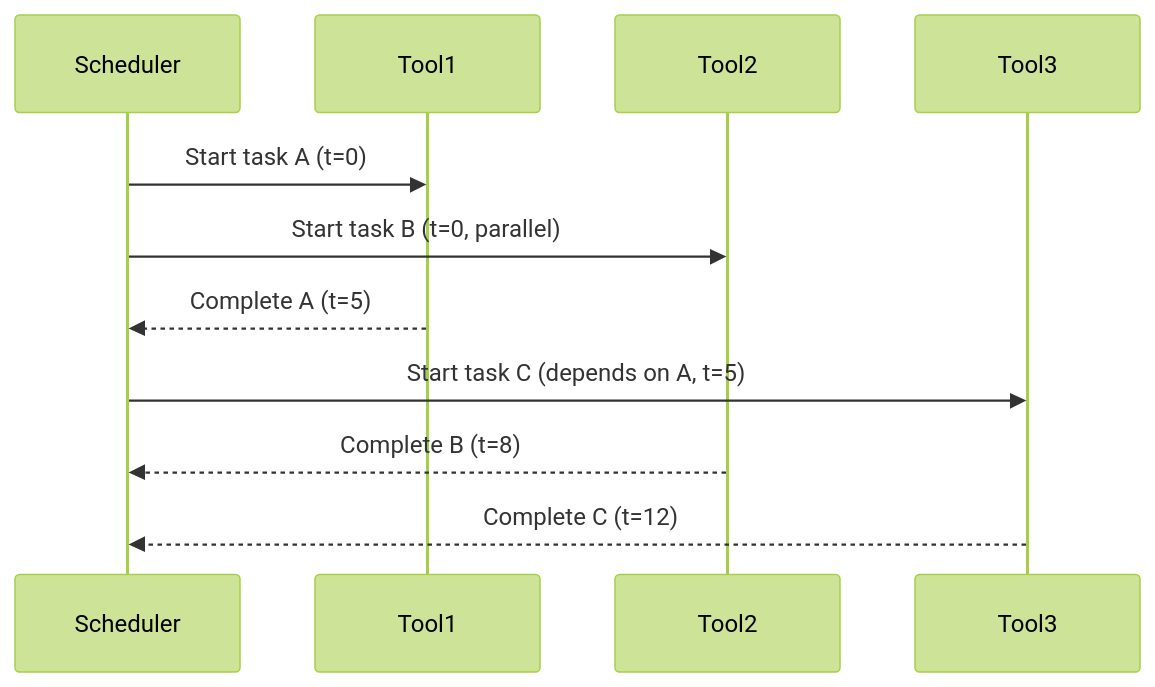
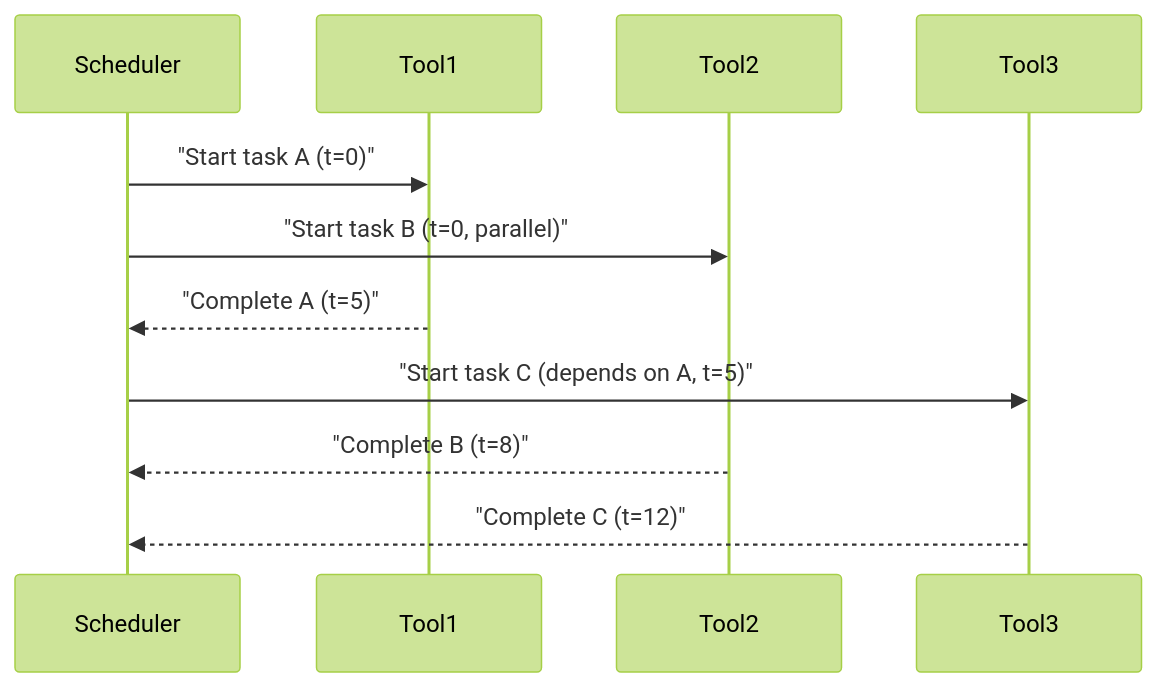
The fourth of 5 diagrams in agent/faq.md (hz1957/AI-Notes), drawn with Mermaid (forest theme) before and after one commit. The commit also changed other lines of this file and 3 other files, not shown here.

First line of the commit message:
fix: correct Mermaid 11.12 syntax in diagrams

````diff
--- a/agent/faq.md
+++ b/agent/faq.md
@@ -602,14 +729,14 @@
    ```mermaid
    sequenceDiagram
        participant Scheduler
        participant Tool1
        participant Tool2
        participant Tool3
        
-       Scheduler->>Tool1: Start task A (t=0)
-       Scheduler->>Tool2: Start task B (t=0, parallel)
-       Tool1-->>Scheduler: Complete A (t=5)
-       Scheduler->>Tool3: Start task C (depends on A, t=5)
-       Tool2-->>Scheduler: Complete B (t=8)
-       Tool3-->>Scheduler: Complete C (t=12)
+       Scheduler->>Tool1: "Start task A (t=0)"
+       Scheduler->>Tool2: "Start task B (t=0, parallel)"
+       Tool1-->>Scheduler: "Complete A (t=5)"
+       Scheduler->>Tool3: "Start task C (depends on A, t=5)"
+       Tool2-->>Scheduler: "Complete B (t=8)"
+       Tool3-->>Scheduler: "Complete C (t=12)"
    ```
````
